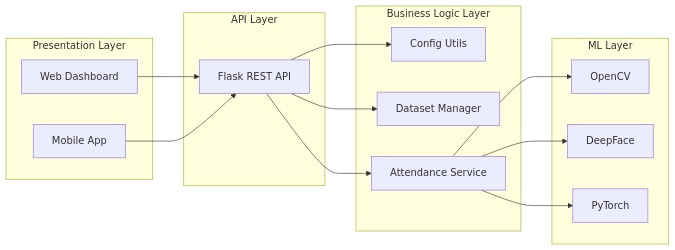
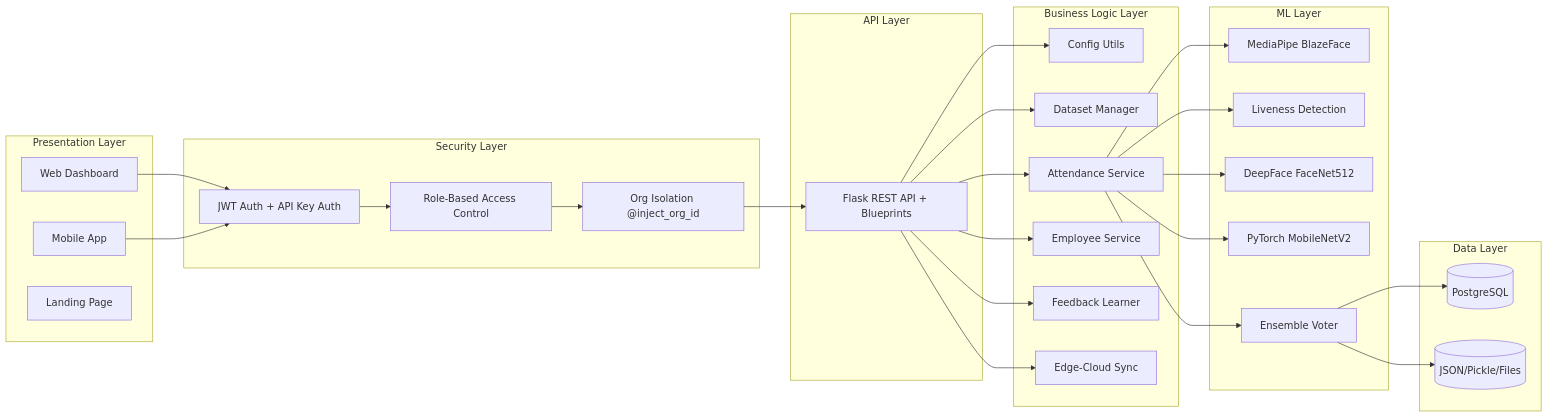
Before and after one commit to PrashantTarbundiya/RMS: the first of 3 diagrams in docs/01_Architecture.md, drawn with Mermaid. The commit also changed other lines of this file and 33 other files, not shown here.

Commit message:
feat: implement robust security architecture, multi-tenant isolation, and automated update management system

````diff
--- a/docs/01_Architecture.md
+++ b/docs/01_Architecture.md
@@ -6,32 +6,49 @@
 ```mermaid
 graph LR
     subgraph Presentation Layer
         W[Web Dashboard]
         M[Mobile App]
+        LP[Landing Page]
+    end
+
+    subgraph Security Layer
+        AUTH[JWT Auth + API Key Auth]
+        RBAC[Role-Based Access Control]
+        OI[Org Isolation @inject_org_id]
     end
 
     subgraph API Layer
-        F[Flask REST API]
+        F[Flask REST API + Blueprints]
     end
 
     subgraph Business Logic Layer
         C[Config Utils]
         D[Dataset Manager]
         A[Attendance Service]
+        E[Employee Service]
+        FB[Feedback Learner]
+        SY[Edge-Cloud Sync]
     end
 
     subgraph ML Layer
-        O[OpenCV]
-        DF[DeepFace]
-        PT[PyTorch]
+        MP[MediaPipe BlazeFace]
+        LV[Liveness Detection]
+        DF[DeepFace FaceNet512]
+        PT[PyTorch MobileNetV2]
+        ENS[Ensemble Voter]
     end
 
-    W --> F
-    M --> F
-    F --> C
-    F --> D
-    F --> A
-    A --> O
-    A --> DF
-    A --> PT
+    subgraph Data Layer
+        PG[(PostgreSQL)]
+        FS[(JSON/Pickle/Files)]
+    end
+
+    W --> AUTH
+    M --> AUTH
+    AUTH --> RBAC
+    RBAC --> OI
+    OI --> F
+    F --> C & D & A & E & FB & SY
+    A --> MP & LV & DF & PT & ENS
+    ENS --> PG & FS
 ```
````
